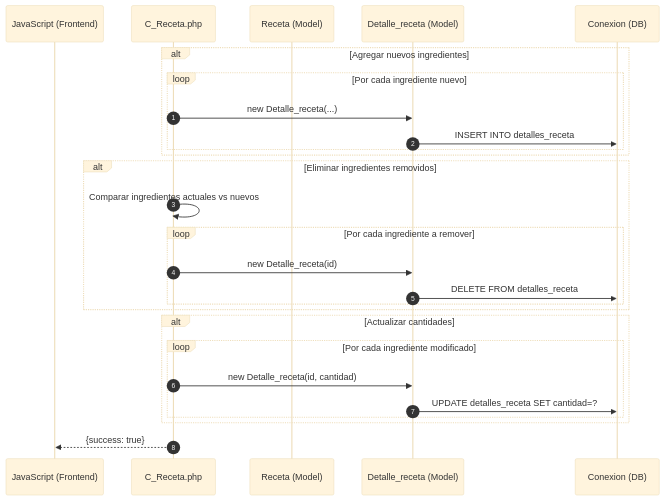
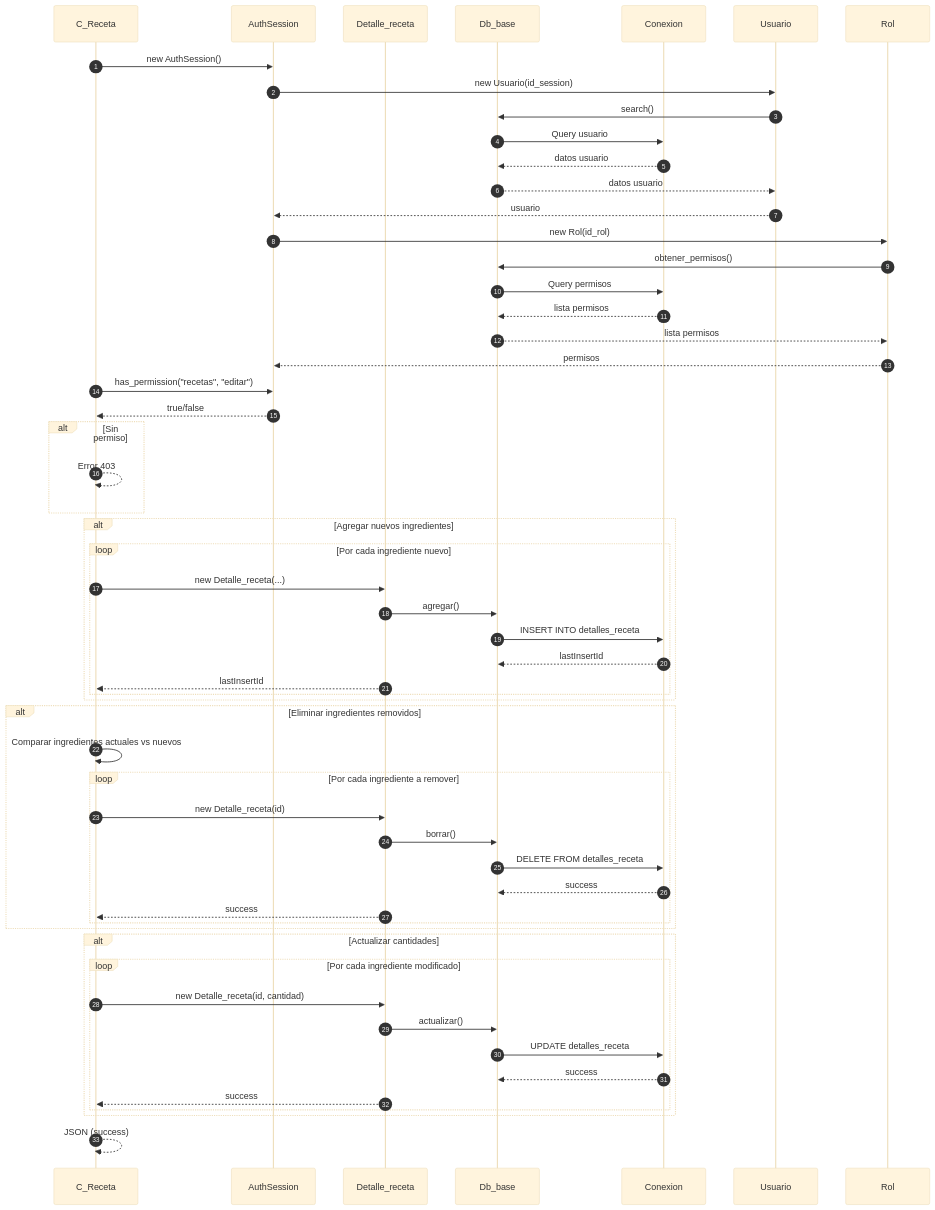
One commit to Tecrato/BurgerHouse changed the fourth of 5 diagrams in docs/secuencia/recetas/recetas.md. Above: the diagram before and after it, drawn with Mermaid (base theme). The commit also changed other lines of this file and 13 other files, not shown here.

First line of the commit message:
diagramas actualizaos

````diff
--- a/docs/secuencia/recetas/recetas.md
+++ b/docs/secuencia/recetas/recetas.md
@@ -87,33 +146,64 @@
 ```mermaid
 sequenceDiagram
     autonumber
-    participant JS as JavaScript (Frontend)
-    participant C_Receta as C_Receta.php
-    participant Receta as Receta (Model)
-    participant Detalle_receta as Detalle_receta (Model)
-    participant DB as Conexion (DB)
+    participant C_Receta as C_Receta
+    participant AuthSession as AuthSession
+    participant Detalle_receta as Detalle_receta
+    participant Db_base as Db_base
+    participant Conexion as Conexion
+    
+    C_Receta->>AuthSession: new AuthSession()
+    AuthSession->>Usuario: new Usuario(id_session)
+    Usuario->>Db_base: search()
+    Db_base->>Conexion: Query usuario
+    Conexion-->>Db_base: datos usuario
+    Db_base-->>Usuario: datos usuario
+    Usuario-->>AuthSession: usuario
+    
+    AuthSession->>Rol: new Rol(id_rol)
+    Rol->>Db_base: obtener_permisos()
+    Db_base->>Conexion: Query permisos
+    Conexion-->>Db_base: lista permisos
+    Db_base-->>Rol: lista permisos
+    Rol-->>AuthSession: permisos
+    
+    C_Receta->>AuthSession: has_permission("recetas", "editar")
+    AuthSession-->>C_Receta: true/false
+    
+    alt Sin permiso
+        C_Receta-->>C_Receta: Error 403
+    end
     
     alt Agregar nuevos ingredientes
         loop Por cada ingrediente nuevo
             C_Receta->>Detalle_receta: new Detalle_receta(...)
-            Detalle_receta->>DB: INSERT INTO detalles_receta
+            Detalle_receta->>Db_base: agregar()
+            Db_base->>Conexion: INSERT INTO detalles_receta
+            Conexion-->>Db_base: lastInsertId
+            Detalle_receta-->>C_Receta: lastInsertId
         end
     end
     
     alt Eliminar ingredientes removidos
         C_Receta->>C_Receta: Comparar ingredientes actuales vs nuevos
         loop Por cada ingrediente a remover
             C_Receta->>Detalle_receta: new Detalle_receta(id)
-            Detalle_receta->>DB: DELETE FROM detalles_receta
+            Detalle_receta->>Db_base: borrar()
+            Db_base->>Conexion: DELETE FROM detalles_receta
+            Conexion-->>Db_base: success
+            Detalle_receta-->>C_Receta: success
         end
     end
     
     alt Actualizar cantidades
         loop Por cada ingrediente modificado
             C_Receta->>Detalle_receta: new Detalle_receta(id, cantidad)
-            Detalle_receta->>DB: UPDATE detalles_receta SET cantidad=?
+            Detalle_receta->>Db_base: actualizar()
+            Db_base->>Conexion: UPDATE detalles_receta
+            Conexion-->>Db_base: success
+            Detalle_receta-->>C_Receta: success
         end
     end
     
-    C_Receta-->>JS: {success: true}
+    C_Receta-->>C_Receta: JSON (success)
 ```
````
